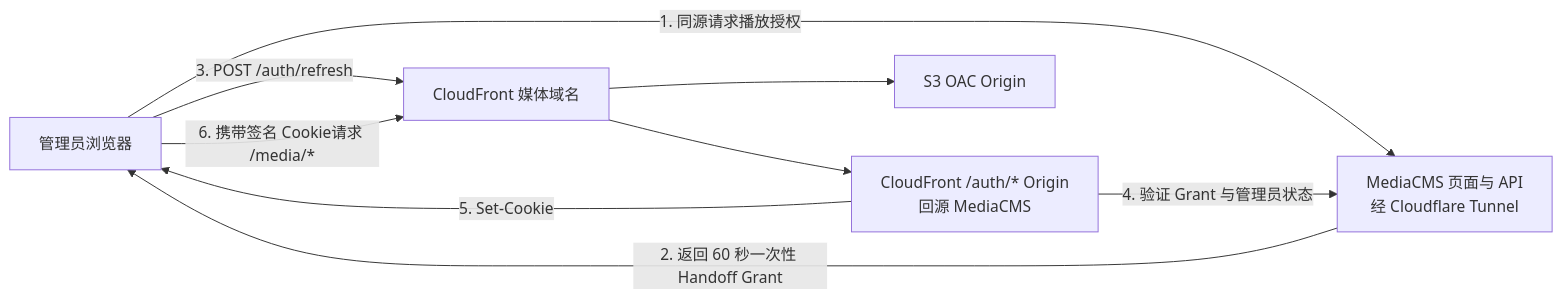
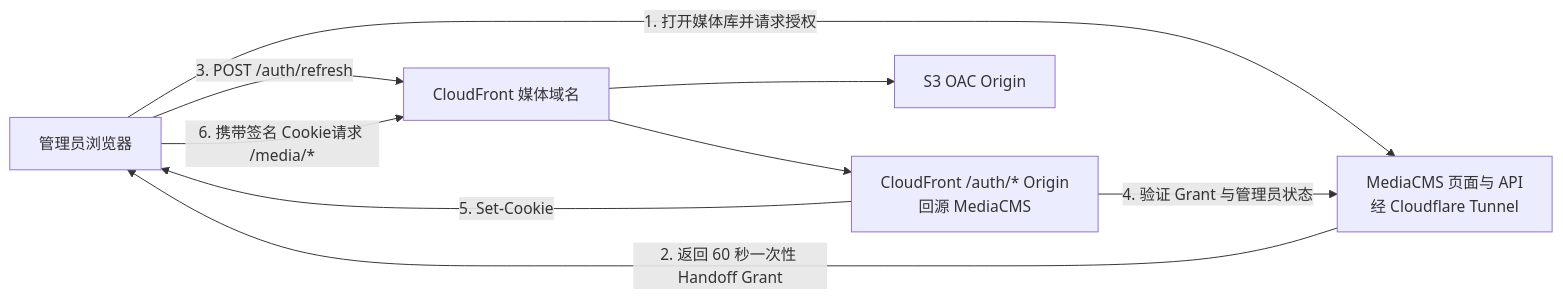
One commit to caoyjie/mediacms changed diagram 12 of 24 in docs/superpowers/specs/2026-08-01-aws-backend-integration-design.md. Above: the diagram before and after it, drawn with Mermaid. The commit also changed other lines of this file, not shown here.

````diff
--- a/docs/superpowers/specs/2026-08-01-aws-backend-integration-design.md
+++ b/docs/superpowers/specs/2026-08-01-aws-backend-integration-design.md
@@ -509,17 +580,17 @@
 ```mermaid
 flowchart LR
     Browser[管理员浏览器]
     App[MediaCMS 页面与 API<br/>经 Cloudflare Tunnel]
     CF[CloudFront 媒体域名]
     Auth[CloudFront /auth/* Origin<br/>回源 MediaCMS]
     S3[S3 OAC Origin]
 
-    Browser -->|1. 同源请求播放授权| App
+    Browser -->|1. 打开媒体库并请求授权| App
     App -->|2. 返回 60 秒一次性 Handoff Grant| Browser
     Browser -->|3. POST /auth/refresh| CF
     CF --> Auth
     Auth -->|4. 验证 Grant 与管理员状态| App
     Auth -->|5. Set-Cookie| Browser
     Browser -->|6. 携带签名 Cookie请求 /media/*| CF
     CF --> S3
 ```
````
